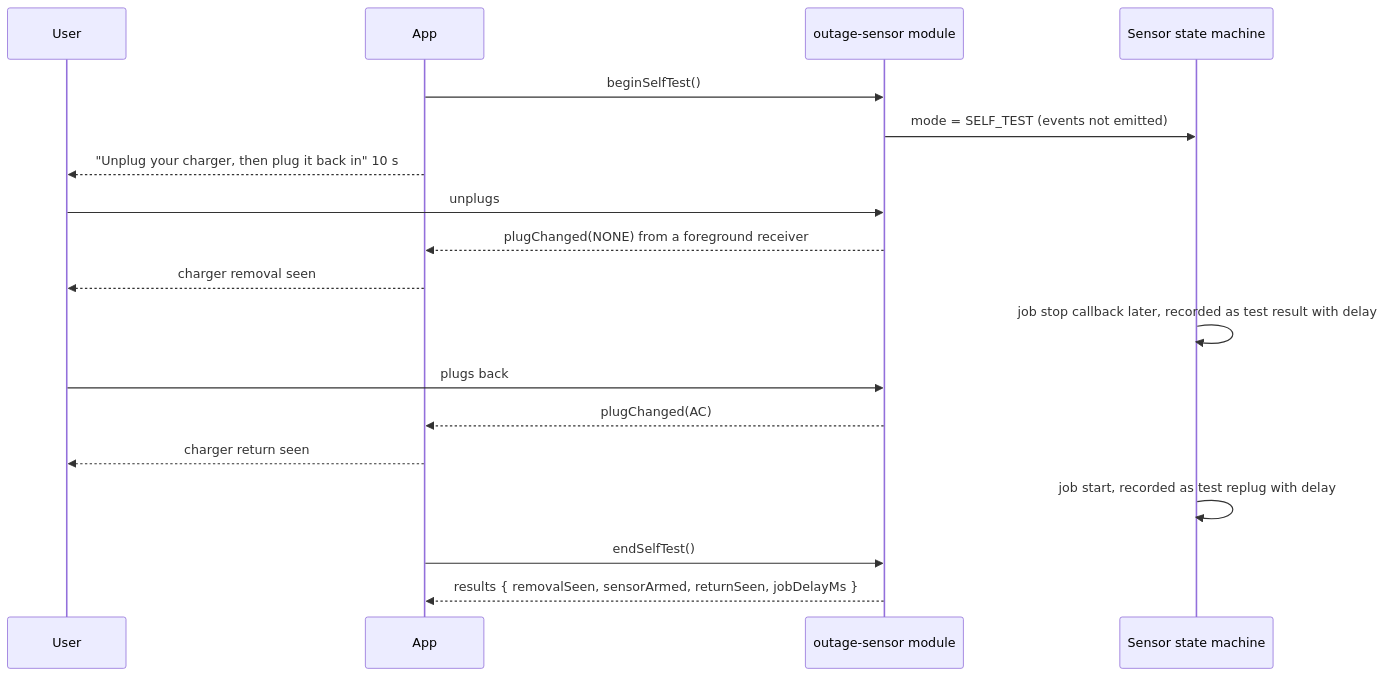
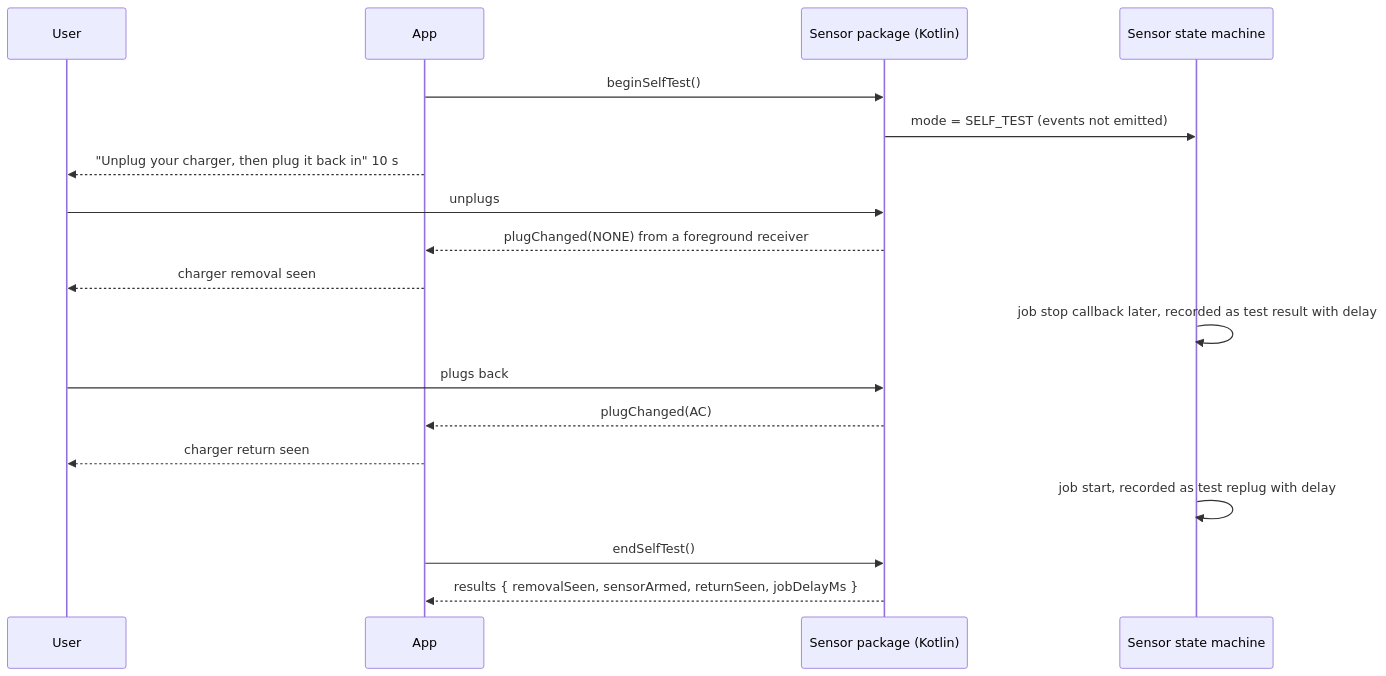
Before and after one commit to 3akare/outage: the fourth of 4 diagrams in .kiro/specs/onboarding/design.md, drawn with Mermaid. The commit also changed other lines of this file and 108 other files, not shown here.

````diff
--- a/.kiro/specs/onboarding/design.md
+++ b/.kiro/specs/onboarding/design.md
@@ -103,20 +105,20 @@
 ```mermaid
 sequenceDiagram
     participant U as User
     participant A as App
-    participant M as outage-sensor module
+    participant M as Sensor package (Kotlin)
     participant S as Sensor state machine
     A->>M: beginSelfTest()
     M->>S: mode = SELF_TEST (events not emitted)
     A-->>U: "Unplug your charger, then plug it back in" 10 s
     U->>M: unplugs
     M-->>A: plugChanged(NONE) from a foreground receiver
     A-->>U: charger removal seen
     S->>S: job stop callback later, recorded as test result with delay
     U->>M: plugs back
     M-->>A: plugChanged(AC)
     A-->>U: charger return seen
     S->>S: job start, recorded as test replug with delay
     A->>M: endSelfTest()
     M-->>A: results { removalSeen, sensorArmed, returnSeen, jobDelayMs }
 ```
````
